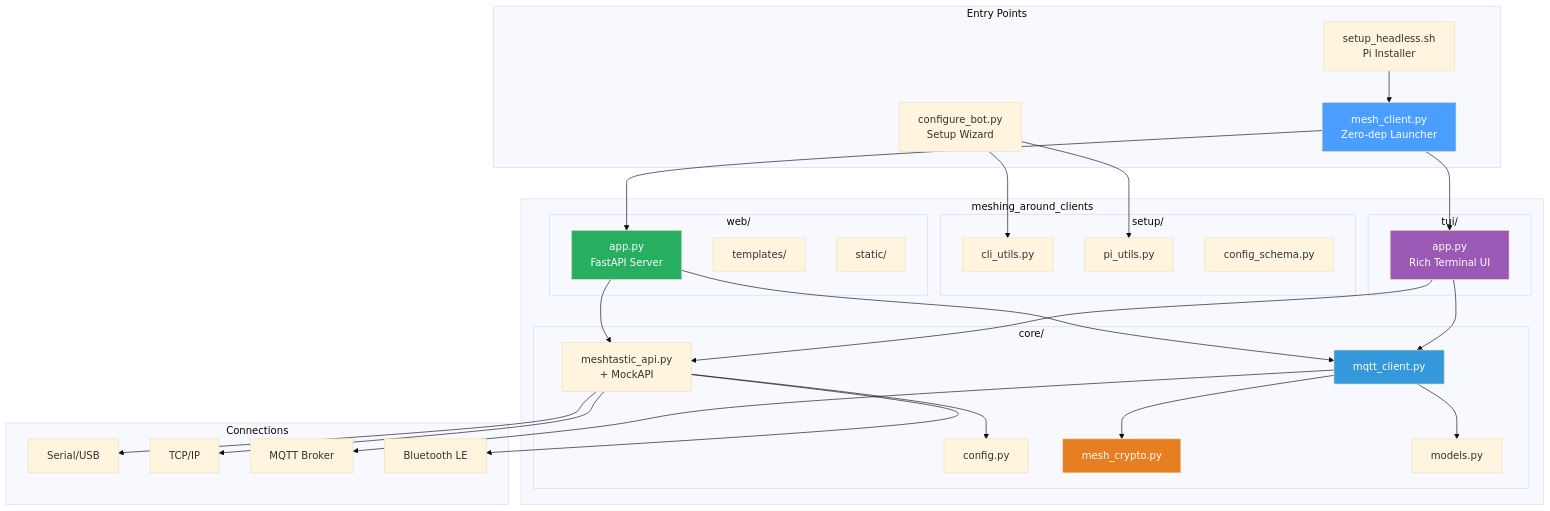
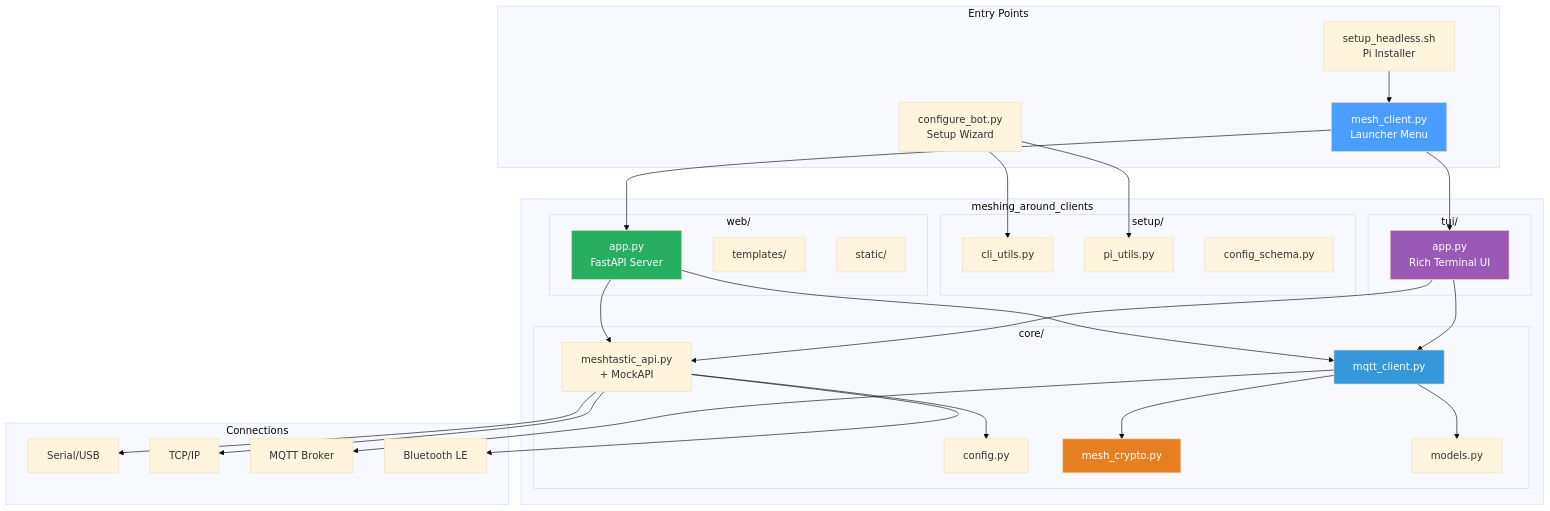
One commit to Nursedude/meshing_around_meshforge changed the second of 4 diagrams in README.md. Above: the diagram before and after it, drawn with Mermaid (base theme). The commit also changed other lines of this file, not shown here.

````diff
--- a/README.md
+++ b/README.md
@@ -104,66 +107,66 @@
 ```mermaid
 graph TB
     subgraph "Entry Points"
-        MC[mesh_client.py<br/>Zero-dep Launcher]
+        MC[mesh_client.py<br/>Launcher Menu]
         CB[configure_bot.py<br/>Setup Wizard]
         SH[setup_headless.sh<br/>Pi Installer]
     end
 
     subgraph "meshing_around_clients"
         subgraph "core/"
             CFG[config.py]
             API[meshtastic_api.py<br/>+ MockAPI]
             MQTT[mqtt_client.py]
             CRYPTO[mesh_crypto.py]
             MDL[models.py]
         end
 
         subgraph "setup/"
             CLI[cli_utils.py]
             PI[pi_utils.py]
             SCHEMA[config_schema.py]
         end
 
         subgraph "tui/"
             TUIAPP[app.py<br/>Rich Terminal UI]
         end
 
         subgraph "web/"
             WEBAPP[app.py<br/>FastAPI Server]
             TPL[templates/]
             STATIC[static/]
         end
     end
 
     subgraph "Connections"
         SER[Serial/USB]
         TCPCON[TCP/IP]
         MQTTCON[MQTT Broker]
         BLECON[Bluetooth LE]
     end
 
     MC --> TUIAPP
     MC --> WEBAPP
     CB --> CLI
     CB --> PI
     SH --> MC
 
     TUIAPP --> API
     TUIAPP --> MQTT
     WEBAPP --> API
     WEBAPP --> MQTT
     API --> CFG
     MQTT --> CRYPTO
     MQTT --> MDL
 
     API --> SER
     API --> TCPCON
     API --> BLECON
     MQTT --> MQTTCON
 
     style MC fill:#4a9eff,color:#fff
     style TUIAPP fill:#9b59b6,color:#fff
     style WEBAPP fill:#27ae60,color:#fff
     style MQTT fill:#3498db,color:#fff
     style CRYPTO fill:#e67e22,color:#fff
 ```
````
